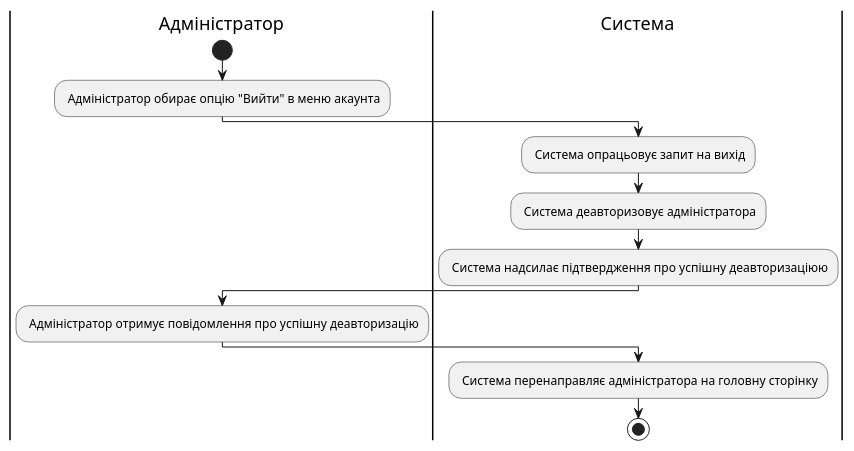
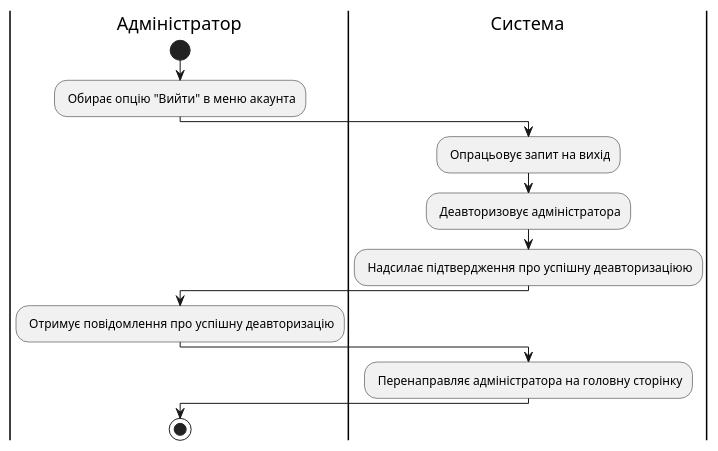
Before and after one commit to watashone/db-labs: diagram 17 of 17 in docs/use cases/README.md, drawn with PlantUML. The commit also changed other lines of this file, not shown here.

````diff
--- a/docs/use cases/README.md
+++ b/docs/use cases/README.md
@@ -581,16 +581,17 @@
 ```plantuml
 @startuml
     |Адміністратор|
         start
-        : Адміністратор обирає опцію "Вийти" в меню акаунта;
+        : Обирає опцію "Вийти" в меню акаунта;
     |Система|
-        : Система опрацьовує запит на вихід;
-        : Cистема деавторизовує адміністратора;
-        : Система надсилає підтвердження про успішну деавторизаціюю;
+        : Опрацьовує запит на вихід;
+        : Деавторизовує адміністратора;
+        : Надсилає підтвердження про успішну деавторизаціюю;
     |Адміністратор|
-        : Адміністратор отримує повідомлення про успішну деавторизацію;
+        : Отримує повідомлення про успішну деавторизацію;
     |Система|
-        : Система перенаправляє адміністратора на головну сторінку;
+        : Перенаправляє адміністратора на головну сторінку;
+    |Адміністратор|
         stop;
 @enduml 
 ```
````
